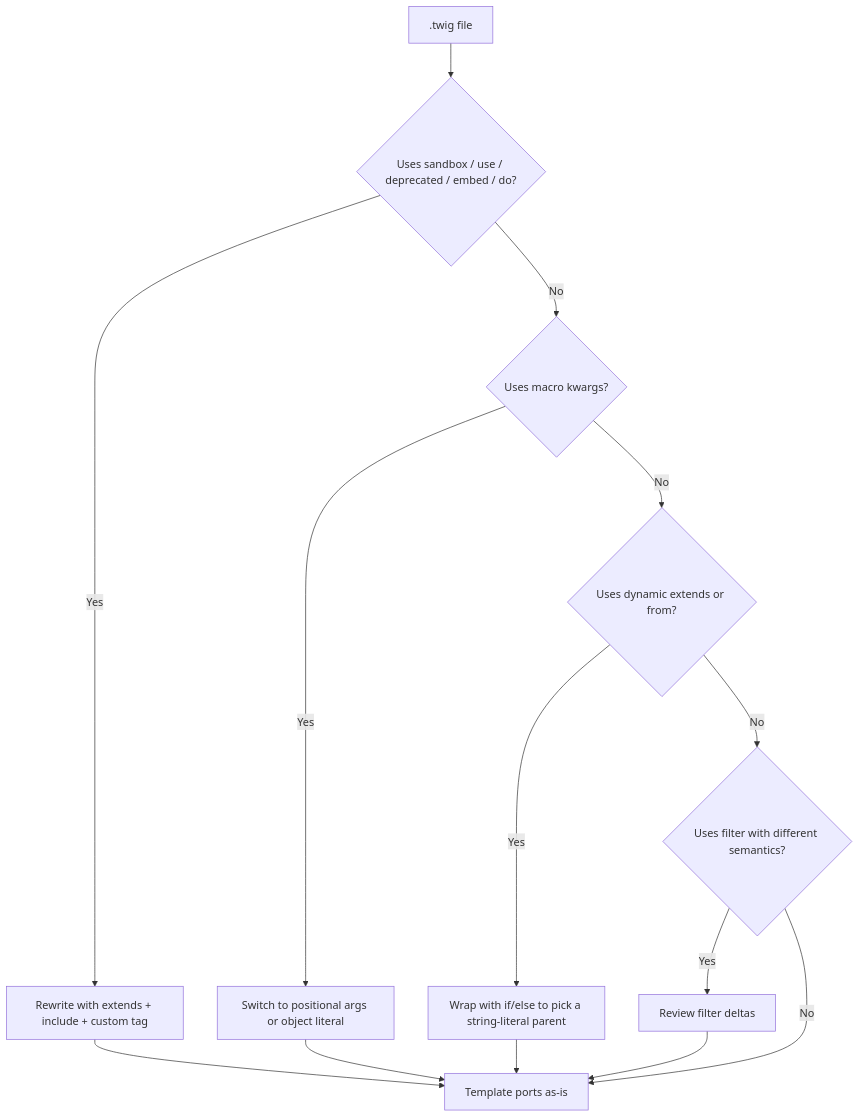
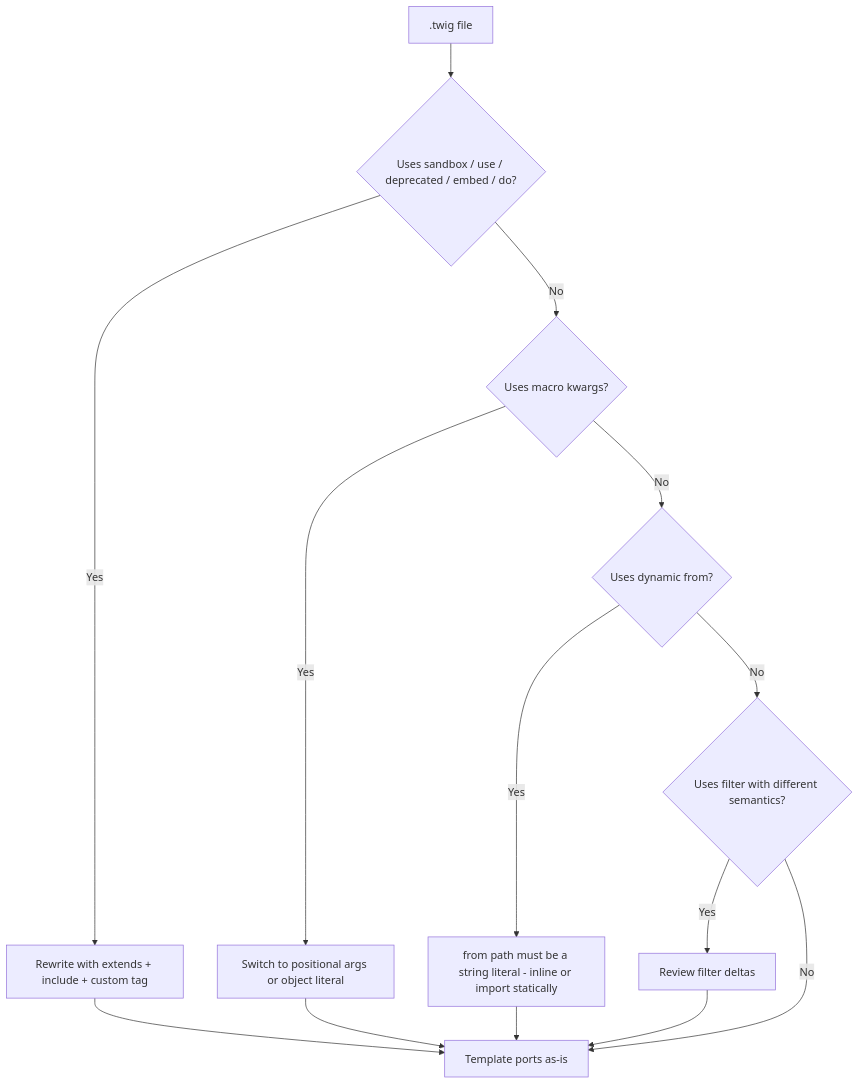
Before and after one commit to gina-io/docs: the diagram in docs/templating/twig/migration.mdx, drawn with Mermaid. The commit also changed other lines of this file and 7 other files, not shown here.

First line of the commit message:
Document dynamic extends async support across the templating flavors

````diff
--- a/docs/templating/twig/migration.mdx
+++ b/docs/templating/twig/migration.mdx
@@ -23,16 +23,16 @@
 ```mermaid
 flowchart TD
   A[.twig file] --> B{Uses sandbox / use / deprecated / embed / do?}
   B -->|Yes| F[Rewrite with extends + include + custom tag]
   B -->|No| C{Uses macro kwargs?}
   C -->|Yes| G[Switch to positional args or object literal]
-  C -->|No| D{Uses dynamic extends or from?}
-  D -->|Yes| H[Wrap with if/else to pick a string-literal parent]
+  C -->|No| D{Uses dynamic from?}
+  D -->|Yes| H[from path must be a string literal - inline or import statically]
   D -->|No| E{Uses filter with different semantics?}
   E -->|Yes| I[Review filter deltas]
   E -->|No| OK[Template ports as-is]
   F --> OK
   G --> OK
   H --> OK
   I --> OK
 ```
````
